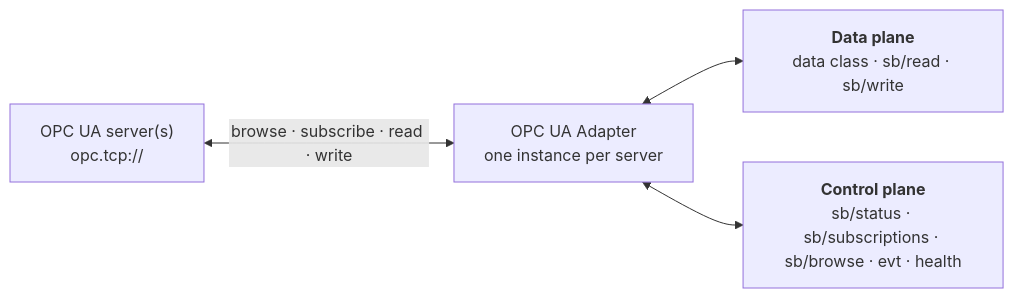
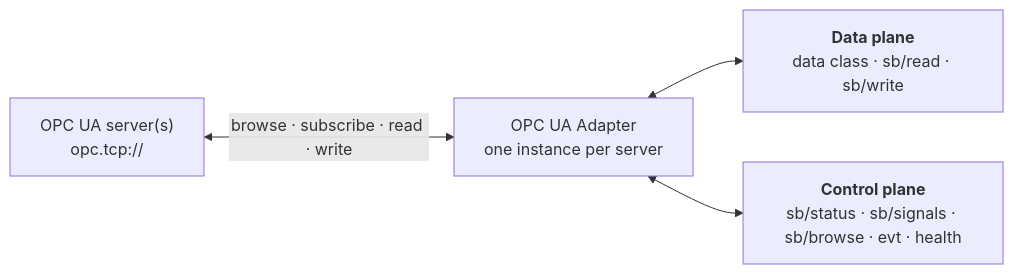
The first of 2 diagrams in docs/explanation.md (edgecommons/opcua-adapter), drawn with Mermaid before and after one commit. The commit also changed other lines of this file and 6 other files, not shown here.

````diff
--- a/docs/explanation.md
+++ b/docs/explanation.md
@@ -59,10 +59,10 @@
 ```mermaid
 flowchart LR
     SRV["OPC UA server(s)<br/>opc.tcp://"]
     DEV["OPC UA Adapter<br/>one instance per server"]
     DP["<b>Data plane</b><br/>data class · sb/read · sb/write"]
-    CP["<b>Control plane</b><br/>sb/status · sb/subscriptions · sb/browse · evt · health"]
+    CP["<b>Control plane</b><br/>sb/status · sb/signals · sb/browse · evt · health"]
     SRV <-->|"browse · subscribe · read · write"| DEV
     DEV <--> DP
     DEV <--> CP
 ```
````
